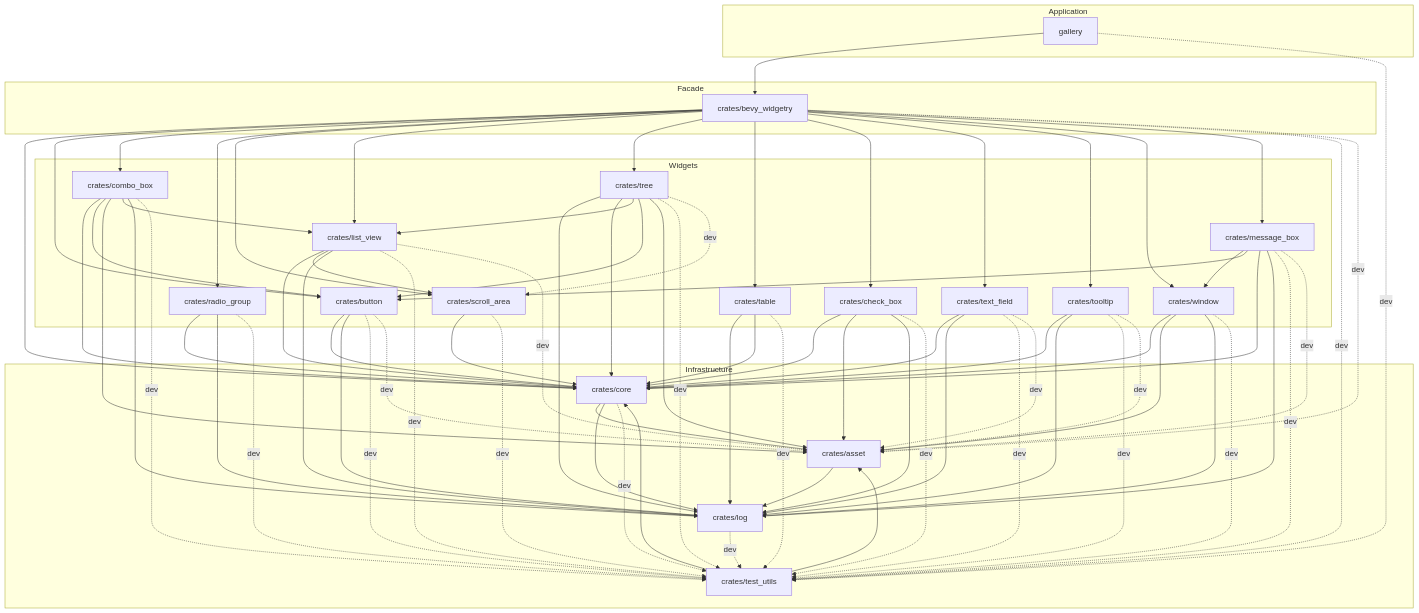
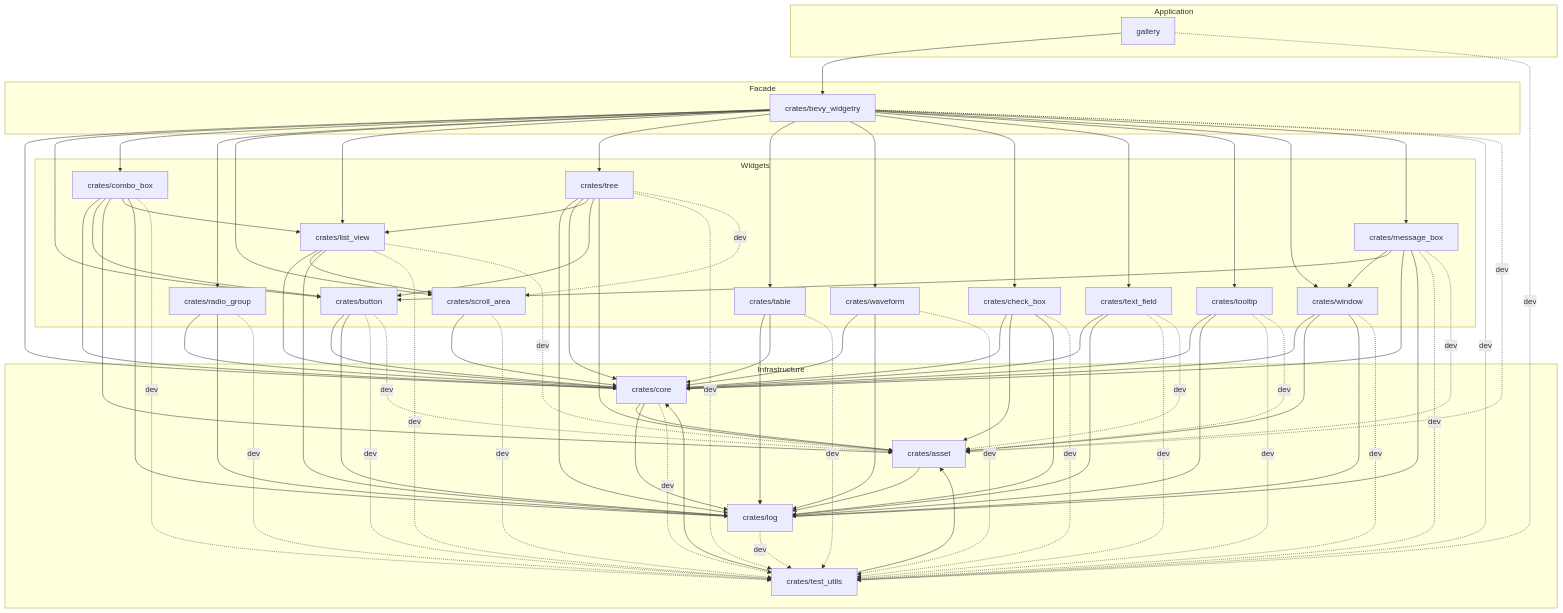
The diagram in docs/architecture.md (slc90/bevy_widgetry), drawn with Mermaid before and after one commit. The commit also changed other lines of this file and 13 other files, not shown here.

```diff
--- a/docs/architecture.md
+++ b/docs/architecture.md
@@ -212,6 +219,7 @@
         list_view["crates/list_view"]
         tree["crates/tree"]
         table["crates/table"]
+        waveform["crates/waveform"]
         check_box["crates/check_box"]
         text_field["crates/text_field"]
         tooltip["crates/tooltip"]
@@ -237,6 +245,10 @@
     widgetry --> list_view
     widgetry --> tree
     widgetry --> table
+    widgetry --> waveform
+    waveform --> core
+    waveform --> log
+    waveform -. dev .-> test_utils
     widgetry --> check_box
     widgetry --> text_field
     widgetry --> tooltip
```
